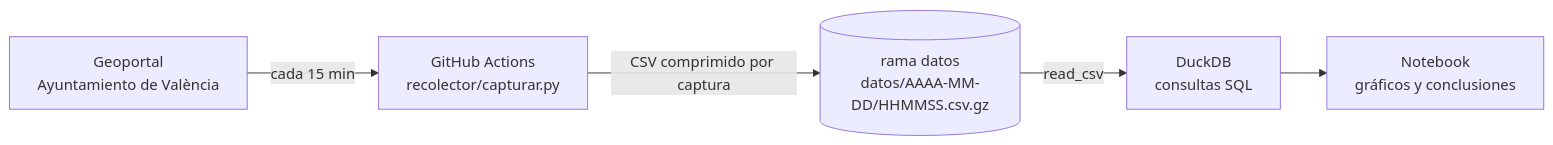
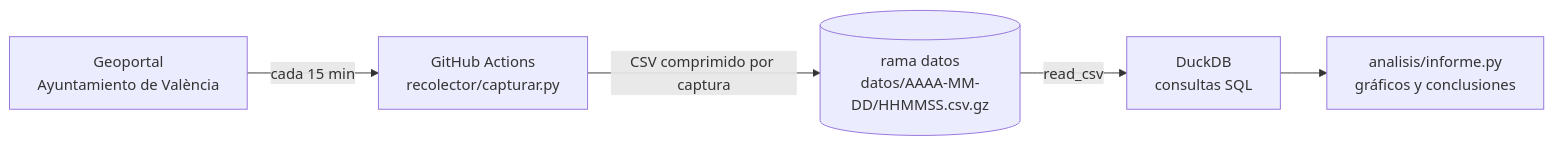
Before and after one commit to RicardoEdreiraPenas/valenbisi-analisis-redistribucion: the diagram in README.md, drawn with Mermaid. The commit also changed other lines of this file and 23 other files, not shown here.

````diff
--- a/README.md
+++ b/README.md
@@ -28,7 +91,7 @@
 ```mermaid
 flowchart LR
     G[Geoportal<br/>Ayuntamiento de València] -->|cada 15 min| A[GitHub Actions<br/>recolector/capturar.py]
     A -->|CSV comprimido por captura| D[(rama datos<br/>datos/AAAA-MM-DD/HHMMSS.csv.gz)]
     D -->|read_csv| S[DuckDB<br/>consultas SQL]
-    S --> N[Notebook<br/>gráficos y conclusiones]
+    S --> N[analisis/informe.py<br/>gráficos y conclusiones]
 ```
````
